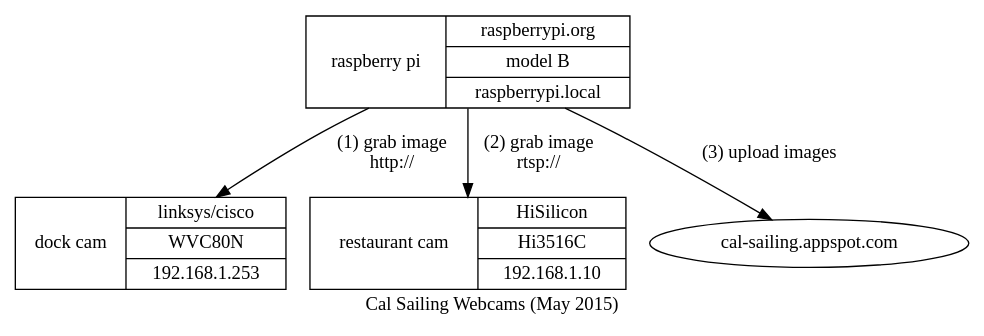
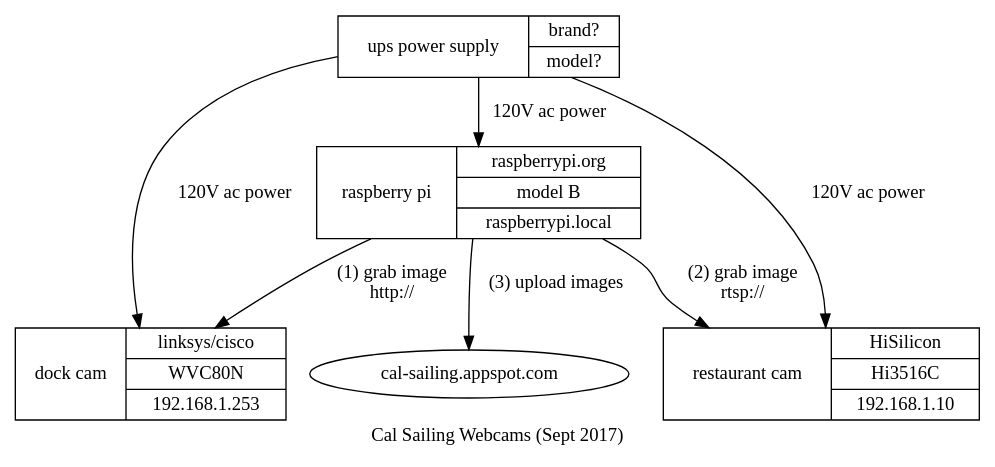
Before and after one commit to jhpoelen/cal-sailing-cam: the diagram in cal-sailing-diagram.dot, drawn with Graphviz. The commit also changed 1 other file, not shown here.

Commit message:
include ups in diagram

```diff
--- a/cal-sailing-diagram.dot
+++ b/cal-sailing-diagram.dot
@@ -1,18 +1,25 @@
 digraph rendle {
-	"dock" [
+    "dock" [
        label = "dock cam | { linksys/cisco | WVC80N | 192.168.1.253 }"
        shape = "record"
-     ];
-	"restaurant" [
-	   label = "restaurant cam | { HiSilicon  | Hi3516C | 192.168.1.10 }"
-	   shape = "record"
-	];
+    ]
+    "restaurant" [
+        label = "restaurant cam | { HiSilicon  | Hi3516C | 192.168.1.10 }"
+	 shape = "record"
+    ]
     "raspberry" [
-		label = "raspberry pi | { raspberrypi.org | model B | raspberrypi.local }"
-		shape = "record"
-	]
-	"raspberry"->"dock"[label="(1) grab image\nhttp://"]
-	"raspberry"->"restaurant"[label="(2) grab image\nrtsp://"]
-	"raspberry"->"cal-sailing.appspot.com"[label="(3) upload images"]
-    label="Cal Sailing Webcams (May 2015)";
+        label = "raspberry pi | { raspberrypi.org | model B | raspberrypi.local }"
+        shape = "record"
+    ]
+    "ups" [
+        label = "ups power supply | { brand? | model? }"
+        shape = "record"
+    ]
+    "raspberry"->"dock"[label="(1) grab image\nhttp://"]
+    "raspberry"->"restaurant"[label="(2) grab image\nrtsp://"]
+    "raspberry"->"cal-sailing.appspot.com"[label="(3) upload images"]
+    "ups"->"raspberry"[label="120V ac power"]
+    "ups"->"restaurant"[label="120V ac power"]
+    "ups"->"dock"[label="120V ac power"]
+    label="Cal Sailing Webcams (Sept 2017)"
 }
```
